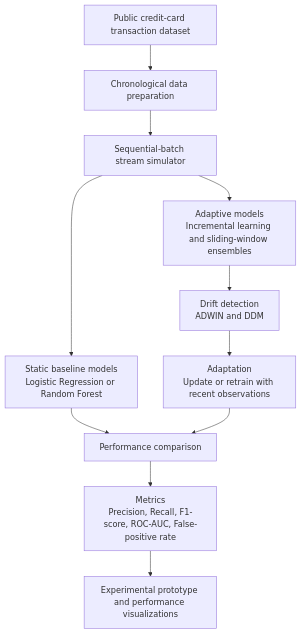
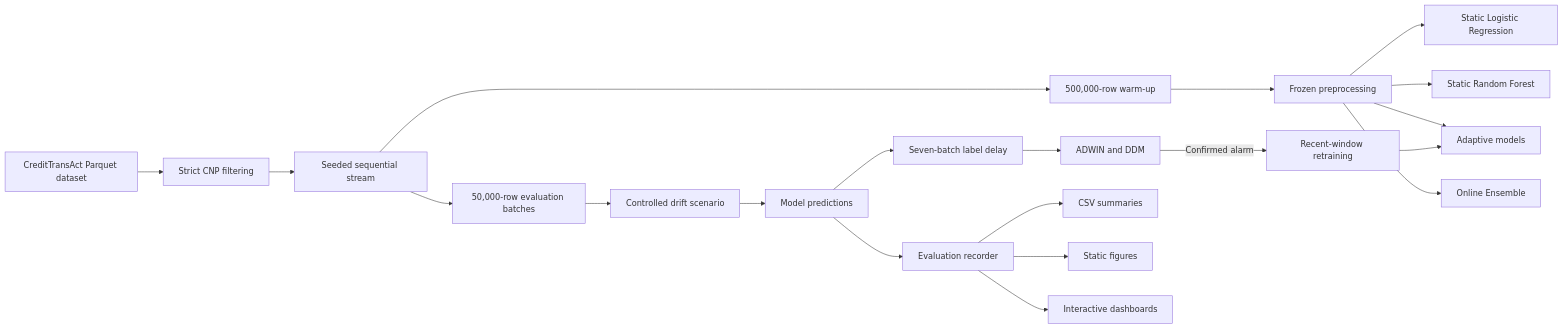
Before and after one commit to Sanjaysoralamavu/sentinelflow-fraud-detection: the diagram in README.md, drawn with Mermaid. The commit also changed other lines of this file and 1 other file, not shown here.

````diff
--- a/README.md
+++ b/README.md
@@ -20,13 +71,26 @@
 ```mermaid
-flowchart TD
-    A[Public credit-card transaction dataset] --> B[Chronological data preparation]
-    B --> C[Sequential-batch stream simulator]
-    C --> D[Static baseline models\nLogistic Regression or Random Forest]
-    C --> E[Adaptive models\nIncremental learning and sliding-window ensembles]
-    E --> F[Drift detection\nADWIN and DDM]
-    F --> G[Adaptation\nUpdate or retrain with recent observations]
-    D --> H[Performance comparison]
-    G --> H
-    H --> I[Metrics\nPrecision, Recall, F1-score, ROC-AUC, False-positive rate]
-    I --> J[Experimental prototype and performance visualizations]
+flowchart LR
+    A[CreditTransAct Parquet dataset] --> B[Strict CNP filtering]
+    B --> C[Seeded sequential stream]
+    C --> D[500,000-row warm-up]
+    C --> E[50,000-row evaluation batches]
+
+    D --> F[Frozen preprocessing]
+    F --> G[Static Logistic Regression]
+    F --> H[Static Random Forest]
+    F --> I[Adaptive models]
+    F --> J[Online Ensemble]
+
+    E --> K[Controlled drift scenario]
+    K --> L[Model predictions]
+    L --> M[Seven-batch label delay]
+    M --> N[ADWIN and DDM]
+
+    N -->|Confirmed alarm| O[Recent-window retraining]
+    O --> I
+
+    L --> P[Evaluation recorder]
+    P --> Q[CSV summaries]
+    P --> R[Static figures]
+    P --> S[Interactive dashboards]
 ```
````
